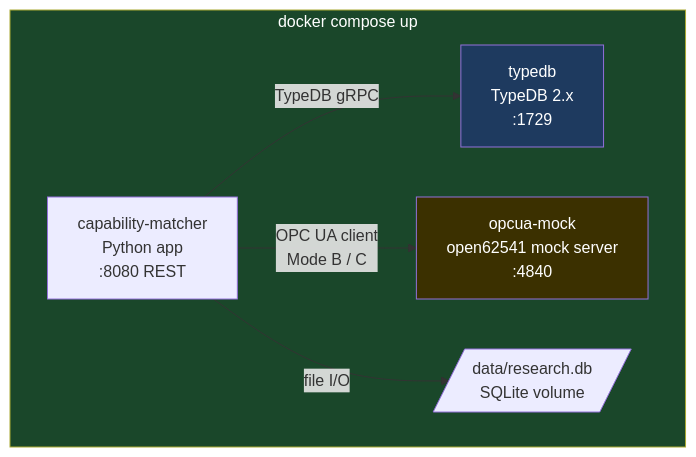
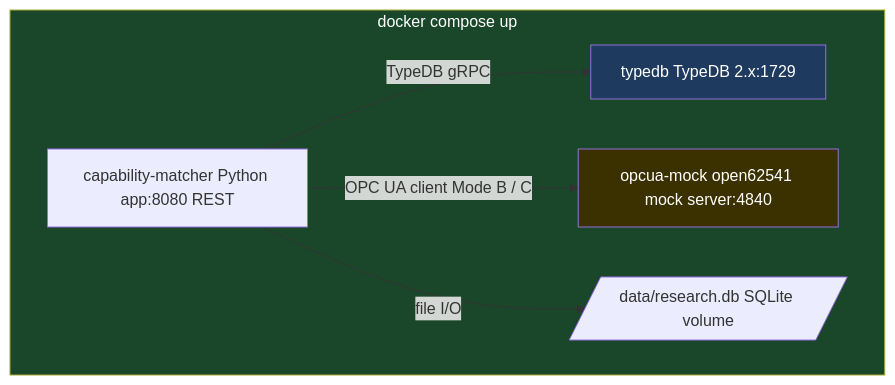
Before and after one commit to HRADEPA1/VibeCoding-homework-02: diagram 11 of 15 in resources/thesis/CapabilityMatching.md, drawn with Mermaid. The commit also changed other lines of this file and 41 other files, not shown here.

````diff
--- a/resources/thesis/CapabilityMatching.md
+++ b/resources/thesis/CapabilityMatching.md
@@ -729,17 +903,17 @@
 ```mermaid
 graph TB
     subgraph COMPOSE["docker compose up"]
-        TYPEDB[typedb\nTypeDB 2.x\n:1729]
-        MATCHER[capability-matcher\nPython app\n:8080 REST]
-        MOCK[opcua-mock\nopen62541 mock server\n:4840]
-        SQLITE[/data/research.db\nSQLite volume/]
+        TYPEDB[typedb TypeDB 2.x:1729]
+        MATCHER[capability-matcher Python app:8080 REST]
+        MOCK[opcua-mock open62541 mock server:4840]
+        SQLITE[/data/research.db SQLite volume/]
     end
 
     MATCHER -->|TypeDB gRPC| TYPEDB
-    MATCHER -->|OPC UA client\nMode B / C| MOCK
+    MATCHER -->|OPC UA client Mode B / C| MOCK
     MATCHER -->|file I/O| SQLITE
 
     style COMPOSE fill:#1a472a,color:#fff
     style MOCK fill:#3b3000,color:#fff
     style TYPEDB fill:#1e3a5f,color:#fff
 ```
````
